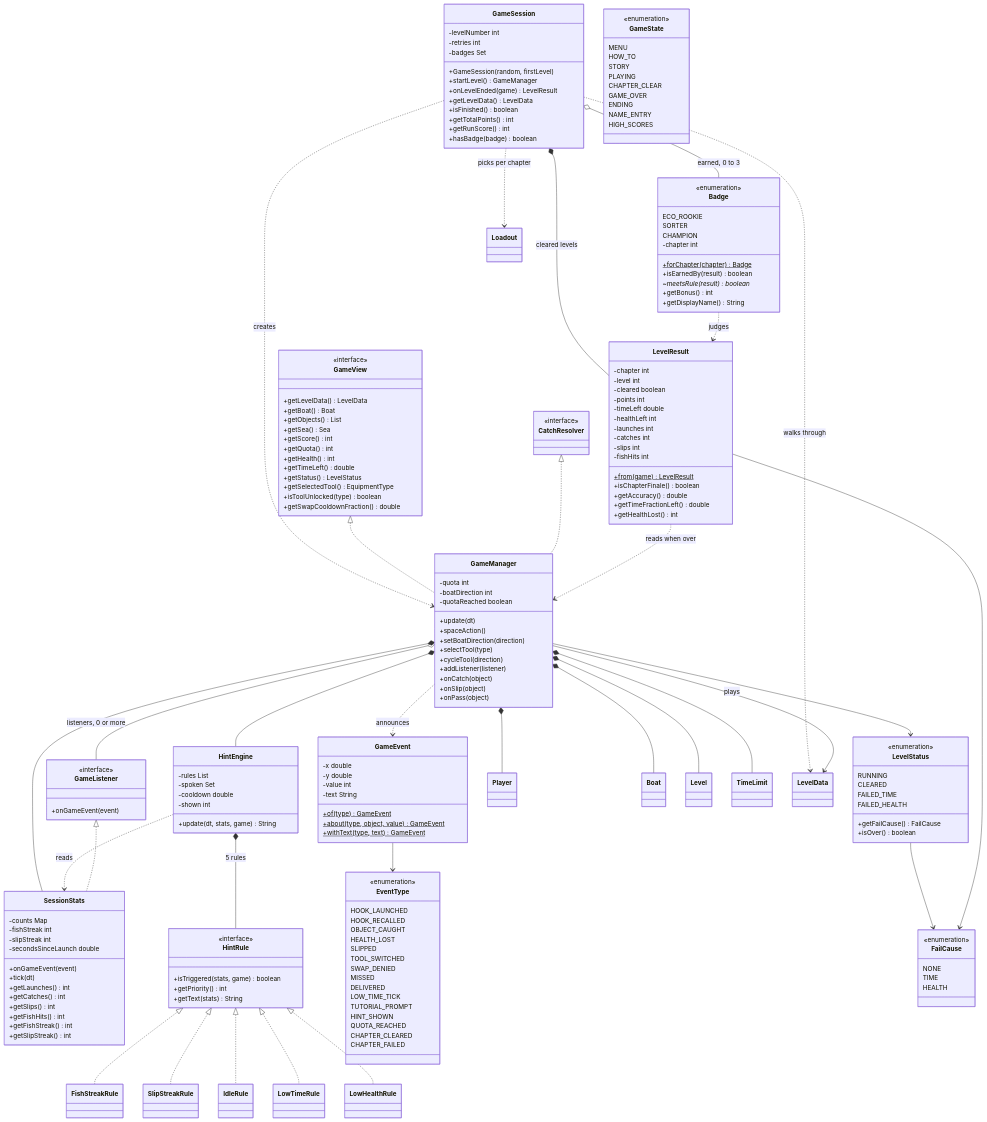
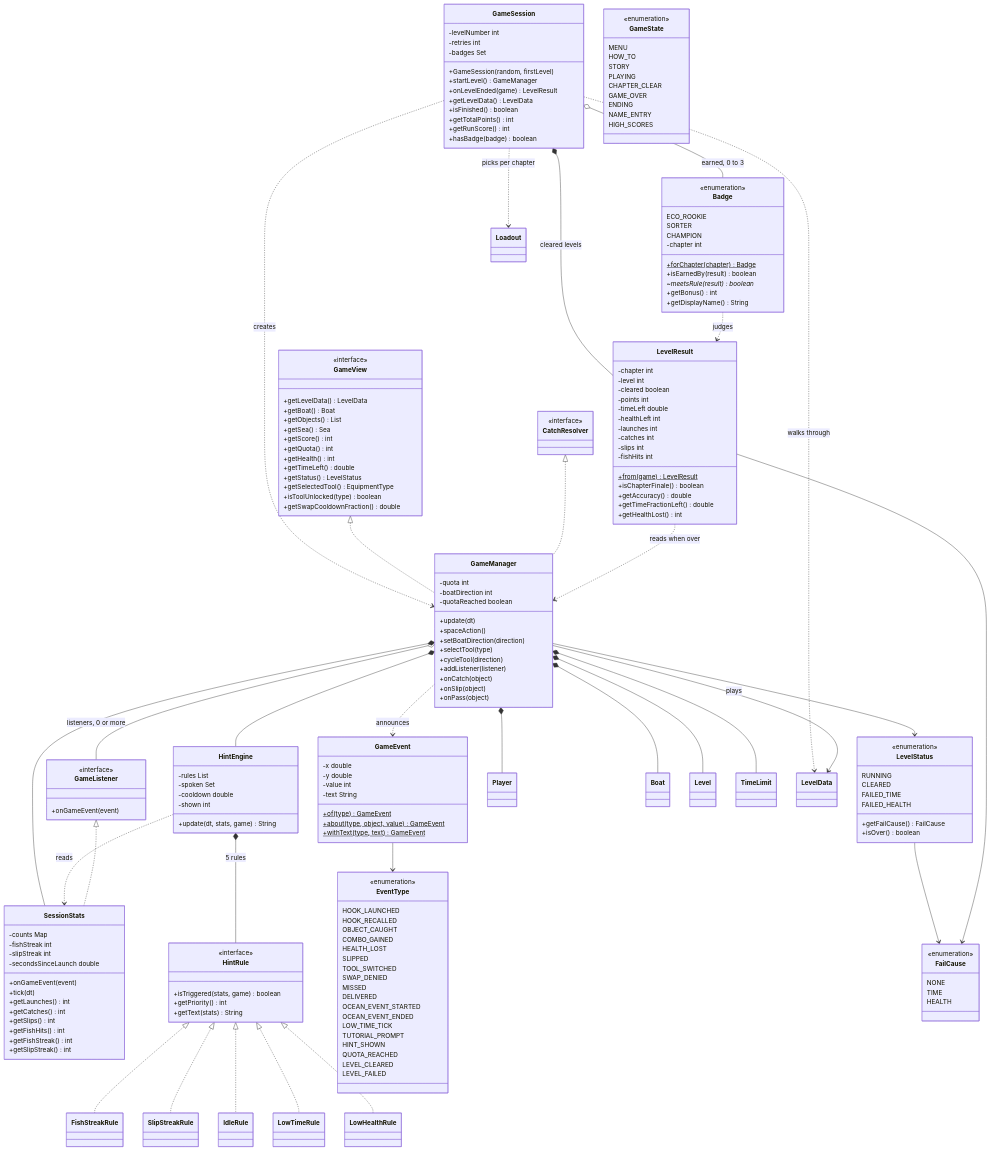
Before and after one commit to NJJAV33/Fish2trash: the fourth of 7 diagrams in docs/class-diagram.md, drawn with Mermaid. The commit also changed other lines of this file and 30 other files, not shown here.

Commit message:
feat: add difficulty levels, catch combo streaks, and ocean events

```diff
--- a/docs/class-diagram.md
+++ b/docs/class-diagram.md
@@ -544,18 +571,21 @@
         HOOK_LAUNCHED
         HOOK_RECALLED
         OBJECT_CAUGHT
+        COMBO_GAINED
         HEALTH_LOST
         SLIPPED
         TOOL_SWITCHED
         SWAP_DENIED
         MISSED
         DELIVERED
+        OCEAN_EVENT_STARTED
+        OCEAN_EVENT_ENDED
         LOW_TIME_TICK
         TUTORIAL_PROMPT
         HINT_SHOWN
         QUOTA_REACHED
-        CHAPTER_CLEARED
-        CHAPTER_FAILED
+        LEVEL_CLEARED
+        LEVEL_FAILED
     }
 
     class LevelStatus {
```
